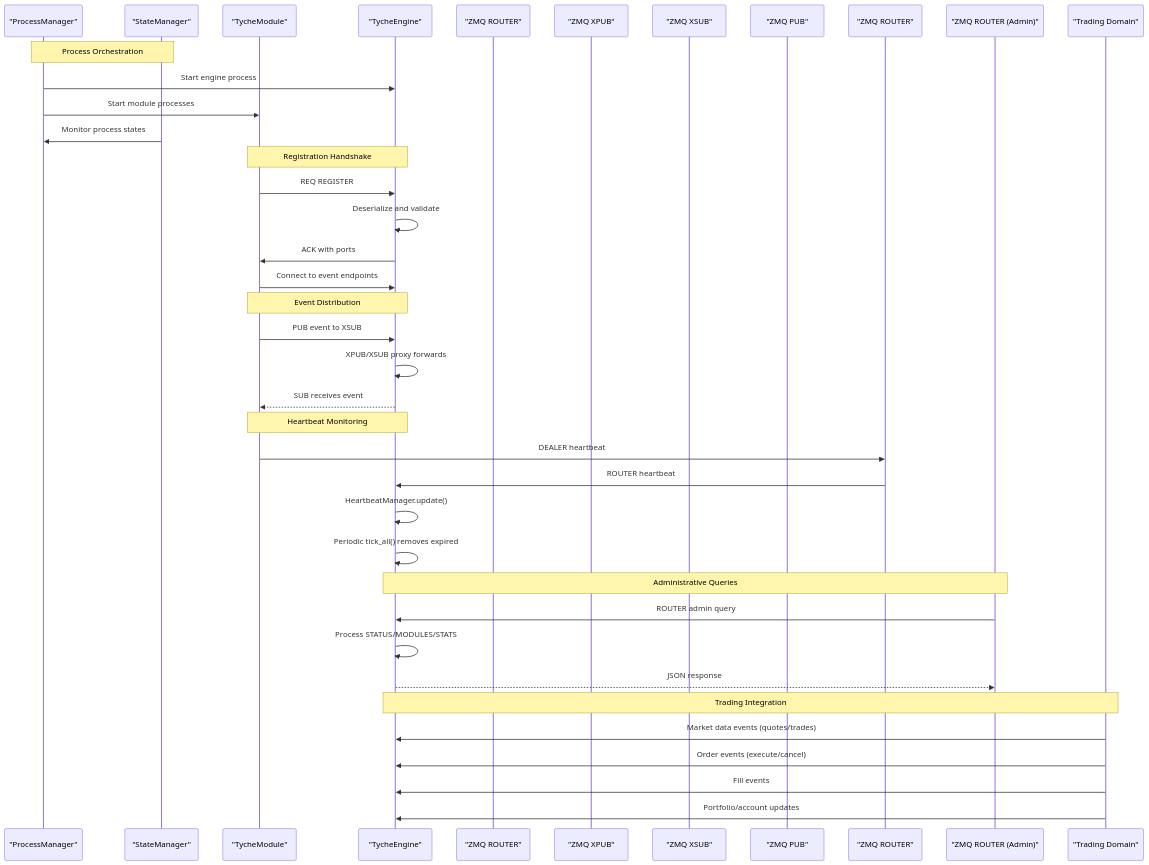
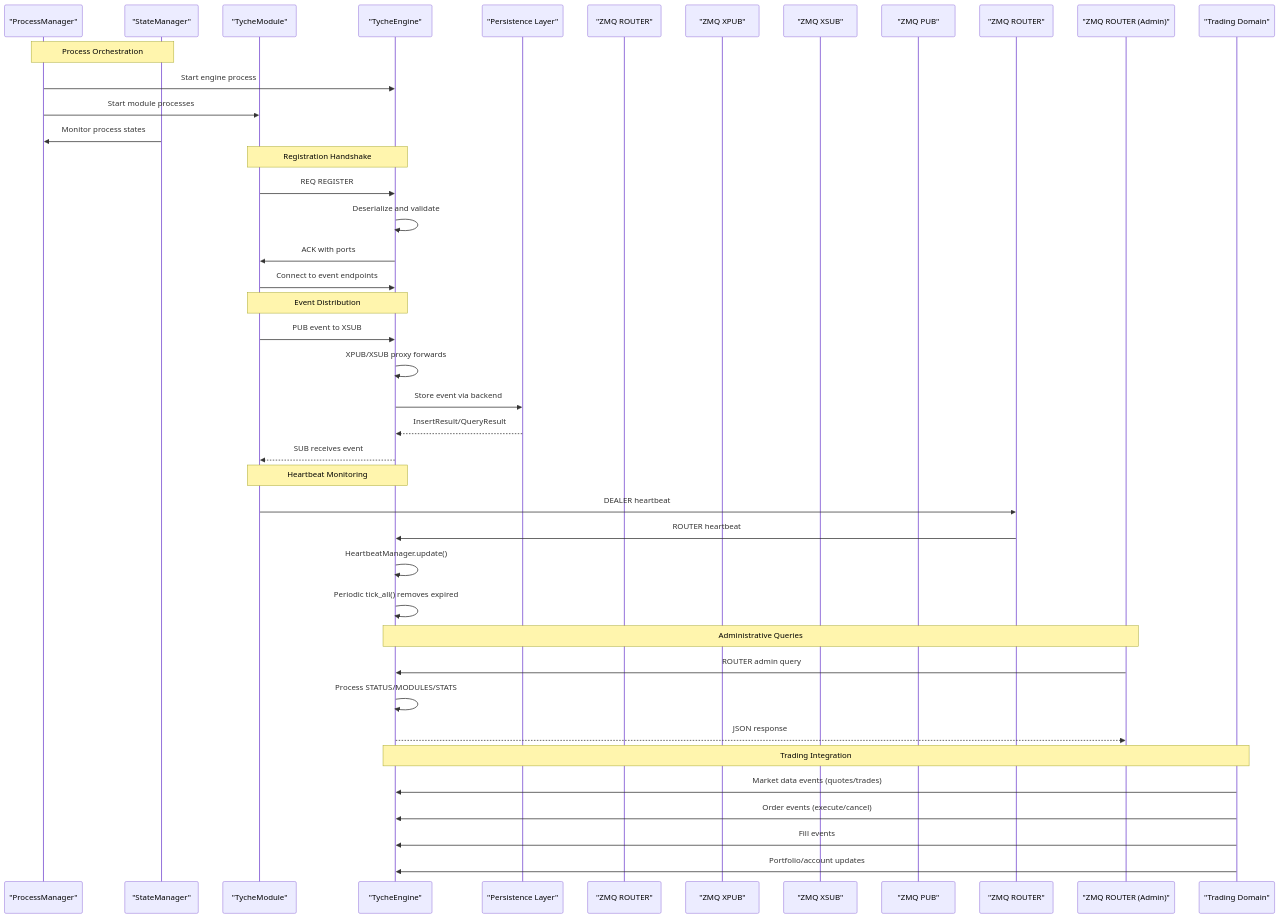
One commit to zt281/TycheEngine changed the second of 11 diagrams in .qoder/repowiki/en/content/Core Components/Core Components.md. Above: the diagram before and after it, drawn with Mermaid. The commit also changed other lines of this file and 11 other files, not shown here.

````diff
--- a/.qoder/repowiki/en/content/Core Components/Core Components.md
+++ b/.qoder/repowiki/en/content/Core Components/Core Components.md
@@ -234,41 +291,44 @@
 ```mermaid
 sequenceDiagram
 participant ProcMgr as "ProcessManager"
 participant StateMgr as "StateManager"
 participant Mod as "TycheModule"
 participant Eng as "TycheEngine"
+participant Persist as "Persistence Layer"
 participant ZREG as "ZMQ ROUTER"
 participant ZXPUB as "ZMQ XPUB"
 participant ZXSUB as "ZMQ XSUB"
 participant HBOUT as "ZMQ PUB"
 participant HBIN as "ZMQ ROUTER"
 participant Admin as "ZMQ ROUTER (Admin)"
 participant Trading as "Trading Domain"
 Note over ProcMgr,StateMgr : Process Orchestration
 ProcMgr->>Eng : Start engine process
 ProcMgr->>Mod : Start module processes
 StateMgr->>ProcMgr : Monitor process states
 Note over Mod,Eng : Registration Handshake
 Mod->>Eng : REQ REGISTER
 Eng->>Eng : Deserialize and validate
 Eng->>Mod : ACK with ports
 Mod->>Eng : Connect to event endpoints
 Note over Mod,Eng : Event Distribution
 Mod->>Eng : PUB event to XSUB
 Eng->>Eng : XPUB/XSUB proxy forwards
+Eng->>Persist : Store event via backend
+Persist-->>Eng : InsertResult/QueryResult
 Eng-->>Mod : SUB receives event
 Note over Mod,Eng : Heartbeat Monitoring
 Mod->>HBIN : DEALER heartbeat
 HBIN->>Eng : ROUTER heartbeat
 Eng->>Eng : HeartbeatManager.update()
 Eng->>Eng : Periodic tick_all() removes expired
 Note over Eng,Admin : Administrative Queries
 Admin->>Eng : ROUTER admin query
 Eng->>Eng : Process STATUS/MODULES/STATS
 Eng-->>Admin : JSON response
 Note over Trading,Eng : Trading Integration
 Trading->>Eng : Market data events (quotes/trades)
 Trading->>Eng : Order events (execute/cancel)
 Trading->>Eng : Fill events
 Trading->>Eng : Portfolio/account updates
 ```
````
